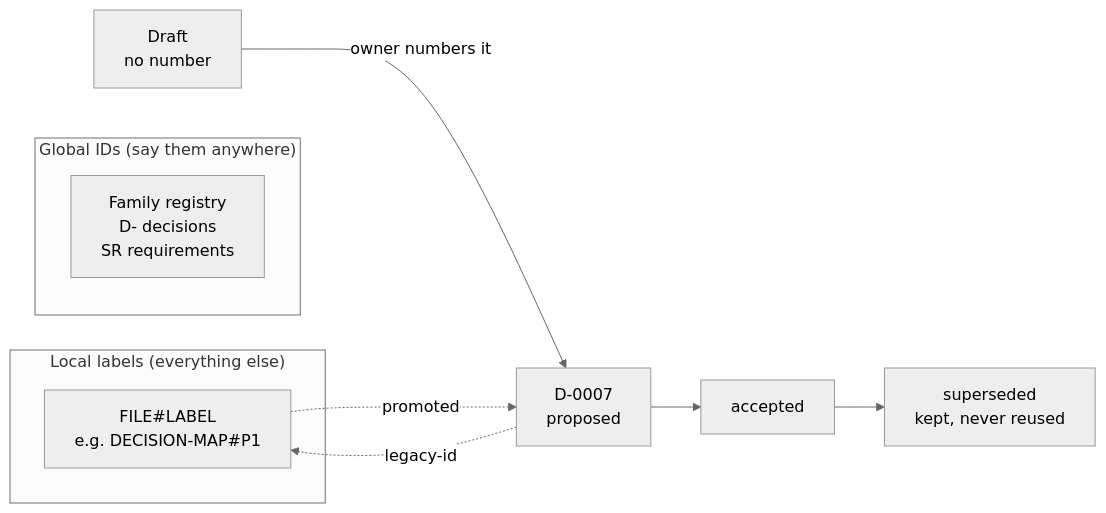
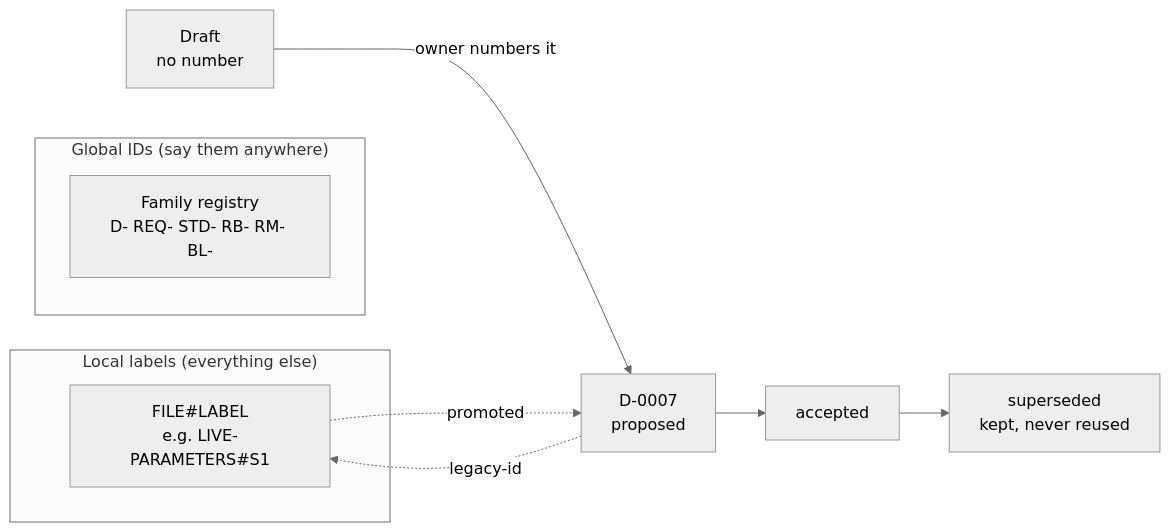
Before and after one commit to jonhill90/central-hub: the diagram in docs/decisions/0003-use-registered-id-families-and-file-qualified-labels.md, drawn with Mermaid (neutral theme). The commit also changed other lines of this file and 11 other files, not shown here.

First line of the commit message:
docs: keep the ID family rules and registry in D-0003

````diff
--- a/docs/decisions/0003-use-registered-id-families-and-file-qualified-labels.md
+++ b/docs/decisions/0003-use-registered-id-families-and-file-qualified-labels.md
@@ -63,13 +63,13 @@
 ```mermaid
 flowchart LR
   subgraph G["Global IDs (say them anywhere)"]
-    R["Family registry<br/>D- decisions<br/>SR requirements"]
+    R["Family registry<br/>D- REQ- STD- RB- RM- BL-"]
   end
   subgraph L["Local labels (everything else)"]
-    F["FILE#LABEL<br/>e.g. DECISION-MAP#P1"]
+    F["FILE#LABEL<br/>e.g. LIVE-PARAMETERS#S1"]
   end
   D1["Draft<br/>no number"] -->|owner numbers it| N["D-0007<br/>proposed"]
   N --> A["accepted"] --> S["superseded<br/>kept, never reused"]
   F -. promoted .-> N
   N -. legacy-id .-> F
 ```
````
